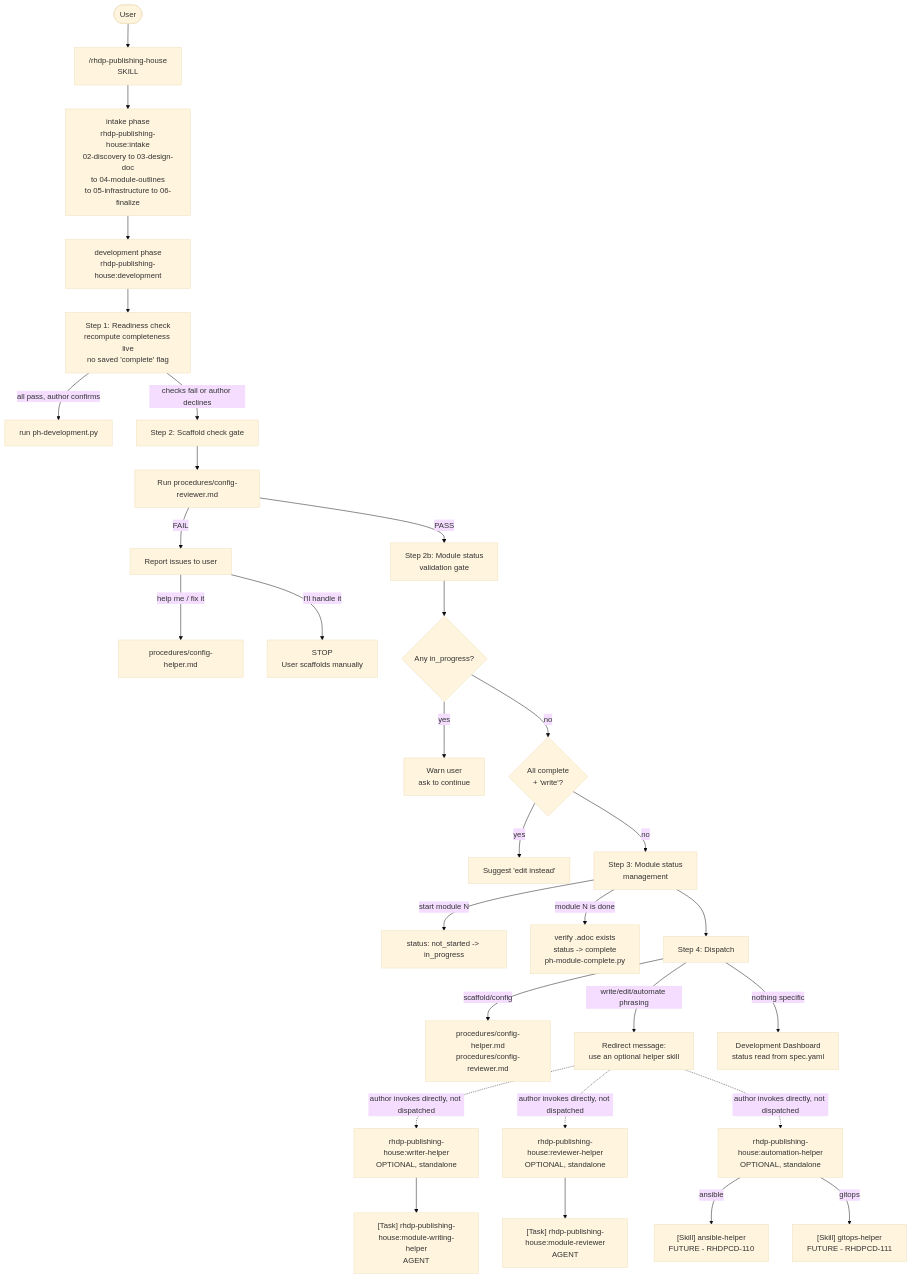
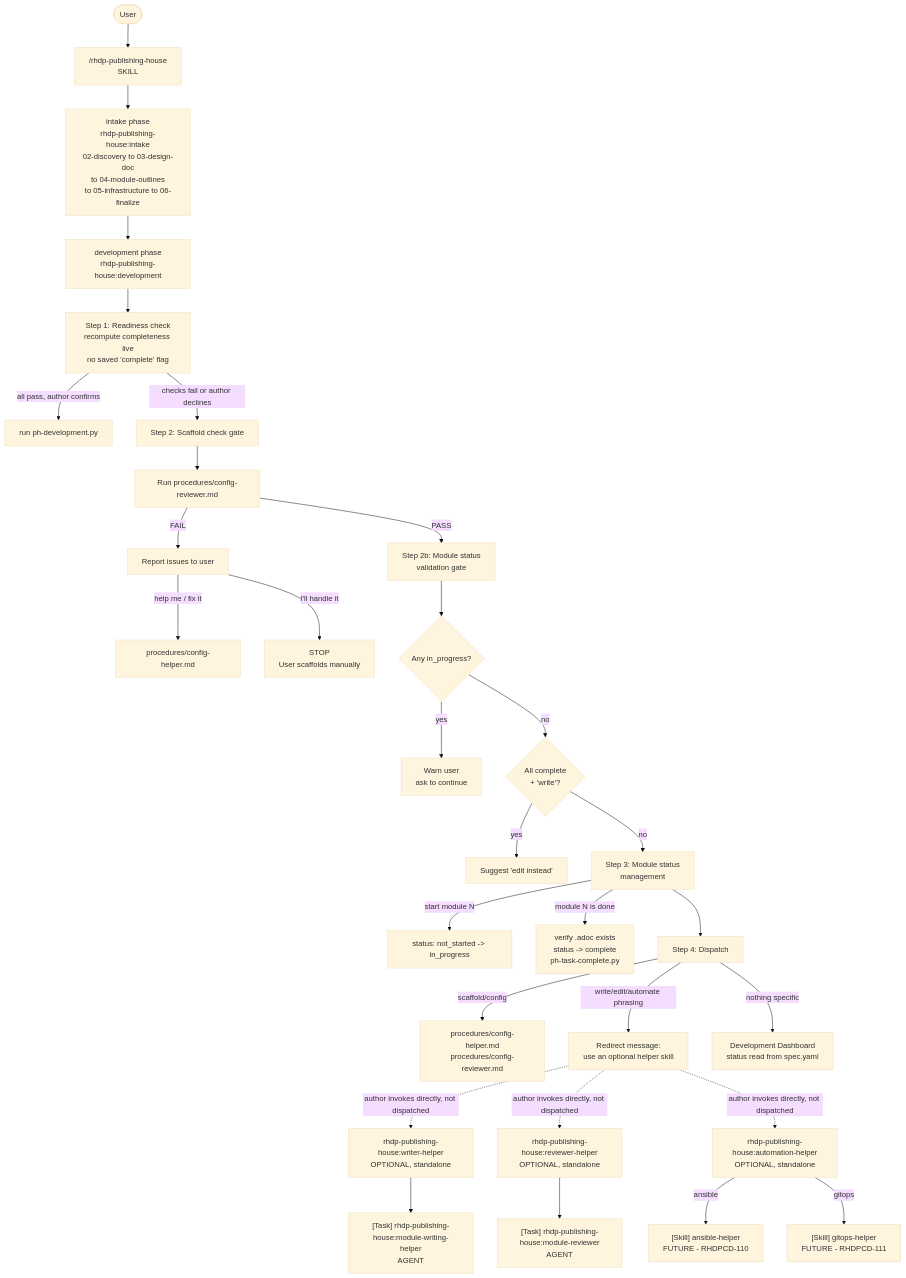
One commit to rhpds/rhdp-publishing-house-skills changed the diagram in skills/development/references/workflow-diagram.md. Above: the diagram before and after it, drawn with Mermaid (base theme). The commit also changed other lines of this file and 1 other file, not shown here.

Commit message:
fix: remaining ph-module-complete references to ph-task-complete

````diff
--- a/skills/development/references/workflow-diagram.md
+++ b/skills/development/references/workflow-diagram.md
@@ -10,41 +10,41 @@
 ```mermaid
 flowchart TD
     User([User]) --> PH["/rhdp-publishing-house\nSKILL"]
 
     PH --> Intake["intake phase\nrhdp-publishing-house:intake\n02-discovery to 03-design-doc\nto 04-module-outlines\nto 05-infrastructure to 06-finalize"]
 
     Intake --> Dev["development phase\nrhdp-publishing-house:development"]
 
     Dev --> S1["Step 1: Readiness check\nrecompute completeness live\nno saved 'complete' flag"]
     S1 -->|all pass, author confirms| Submit["run ph-development.py"]
     S1 -->|checks fail or author declines| S2["Step 2: Scaffold check gate"]
 
     S2 --> CR["Run procedures/config-reviewer.md"]
     CR -->|PASS| S2b["Step 2b: Module status\nvalidation gate"]
     CR -->|FAIL| Issues["Report issues to user"]
     Issues -->|help me / fix it| CH["procedures/config-helper.md"]
     Issues -->|I'll handle it| STOP1["STOP\nUser scaffolds manually"]
 
     S2b --> InProgress{"Any in_progress?"}
     InProgress -->|yes| Warn["Warn user\nask to continue"]
     InProgress -->|no| AllComplete{"All complete\n+ 'write'?"}
     AllComplete -->|yes| Suggest["Suggest 'edit instead'"]
     AllComplete -->|no| S3["Step 3: Module status\nmanagement"]
 
     S3 -->|"start module N"| InProg["status: not_started -> in_progress"]
-    S3 -->|"module N is done"| Complete["verify .adoc exists\nstatus -> complete\nph-module-complete.py"]
+    S3 -->|"module N is done"| Complete["verify .adoc exists\nstatus -> complete\nph-task-complete.py"]
 
     S3 --> S4["Step 4: Dispatch"]
     S4 -->|scaffold/config| CH2["procedures/config-helper.md\nprocedures/config-reviewer.md"]
     S4 -->|write/edit/automate phrasing| Redirect["Redirect message:\nuse an optional helper skill"]
     S4 -->|nothing specific| Dashboard["Development Dashboard\nstatus read from spec.yaml"]
 
     Redirect -.->|author invokes directly, not dispatched| WriterHelper["rhdp-publishing-house:writer-helper\nOPTIONAL, standalone"]
     Redirect -.->|author invokes directly, not dispatched| ReviewerHelper["rhdp-publishing-house:reviewer-helper\nOPTIONAL, standalone"]
     Redirect -.->|author invokes directly, not dispatched| AutomationHelper["rhdp-publishing-house:automation-helper\nOPTIONAL, standalone"]
 
     WriterHelper --> MWH["[Task] rhdp-publishing-house:module-writing-helper\nAGENT"]
     ReviewerHelper --> MR["[Task] rhdp-publishing-house:module-reviewer\nAGENT"]
     AutomationHelper -->|ansible| AH["[Skill] ansible-helper\nFUTURE - RHDPCD-110"]
     AutomationHelper -->|gitops| GH["[Skill] gitops-helper\nFUTURE - RHDPCD-111"]
 ```
````
